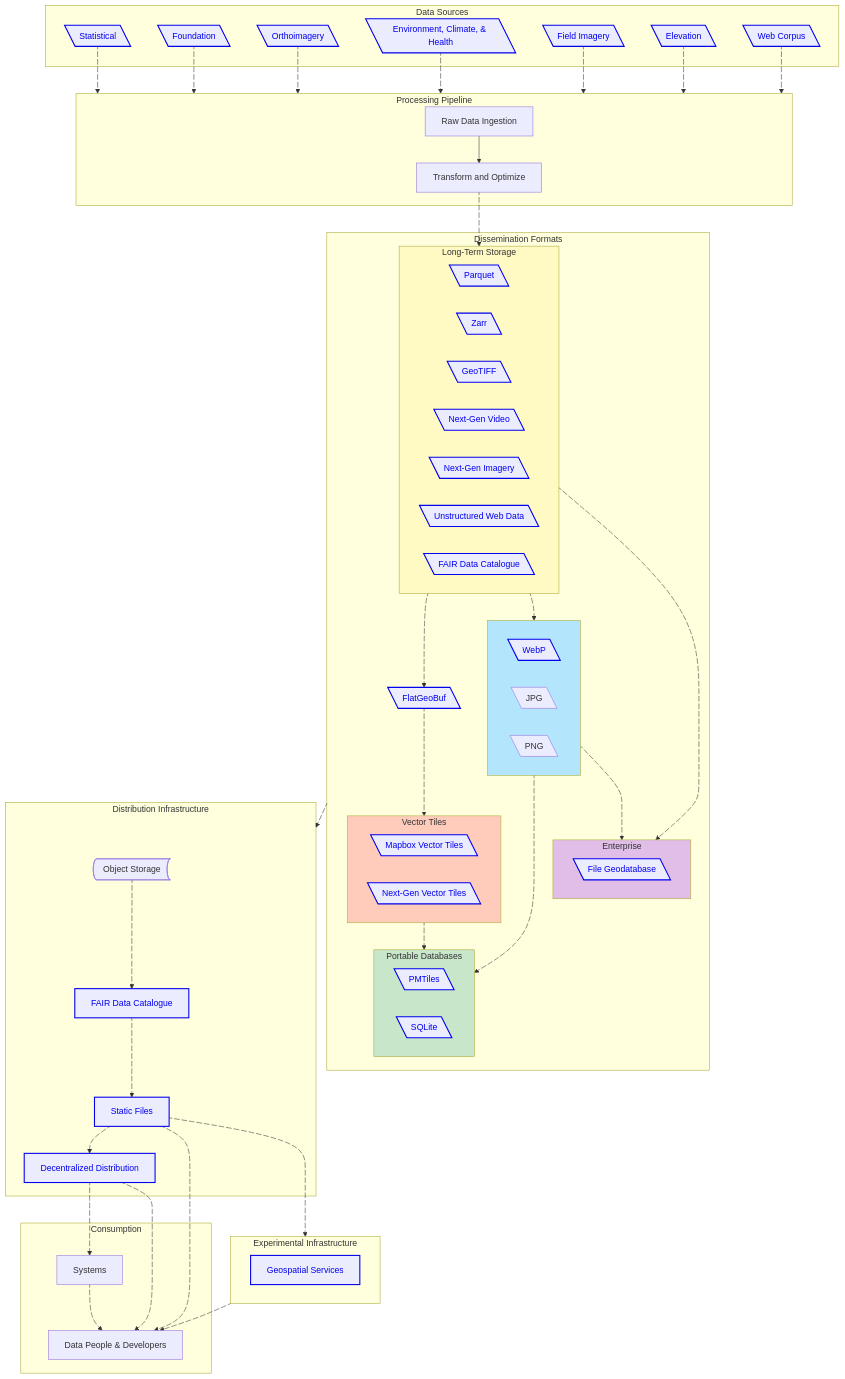
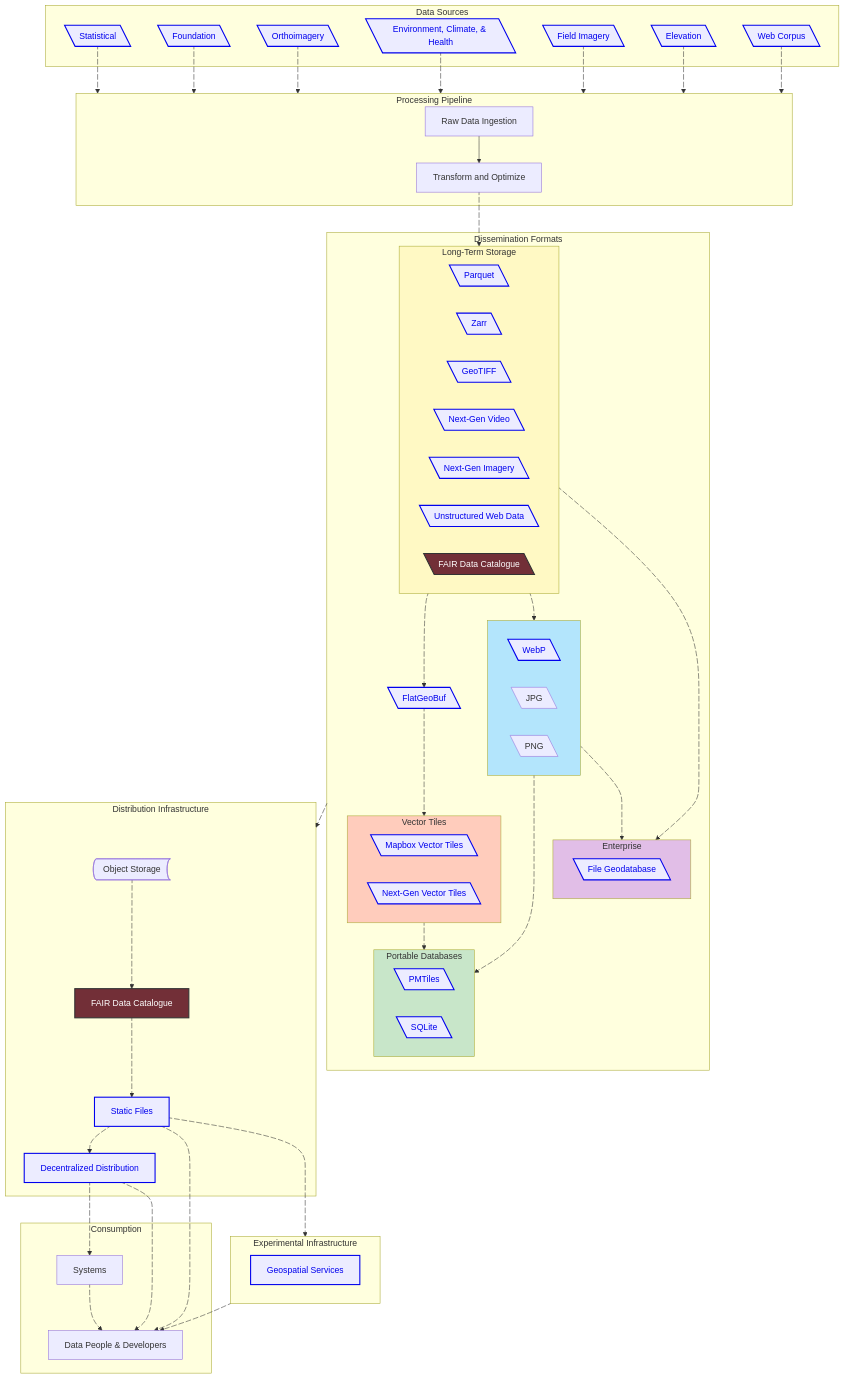
One commit to dataforcanada/www.dataforcanada.org changed the diagram in content/_index.md. Above: the diagram before and after it, drawn with Mermaid. The commit also changed other lines of this file, not shown here.

Commit message:
Stylize the opera concertmaster

```diff
--- a/content/_index.md
+++ b/content/_index.md
@@ -241,6 +242,12 @@
     %% =========================================================
     %% STYLING
     %% =========================================================
+
+    %% Opera concertmaster
+    style FAIRDataDis fill:#722F37,stroke:#333,stroke-width:2px,color:#fff
+    style Metadata fill:#722F37,stroke:#333,stroke-width:2px,color:#fff
+
+    %% The work
     style sot fill:#FFF9C4
     style ent fill:#E1BEE7
     style vt fill:#FFCCBC
@@ -249,8 +256,8 @@
     
     %% Link Node Styling
     class Foundation,Statistical,Orthoimagery,FieldImagery,EnvironmentClimate,Elevation,WebCorpus linkNode
-    class FAIRDataDis,Parquet,FlatGeoBuf,SQLite,FileGeodatabase,VectorTiles,NextGenVectorTiles,GeoTIFF,Zarr,WebP,PMTiles,JPEGXL,AV1,WARC linkNode
-    class DecentralizedDistribution,HTTP,Metadata,GeoSpatialServices linkNode
+    class Parquet,FlatGeoBuf,SQLite,FileGeodatabase,VectorTiles,NextGenVectorTiles,GeoTIFF,Zarr,WebP,PMTiles,JPEGXL,AV1,WARC linkNode
+    class DecentralizedDistribution,HTTP,GeoSpatialServices linkNode
 
     %% =========================================================
     %% CLICK ACTIONS
```
